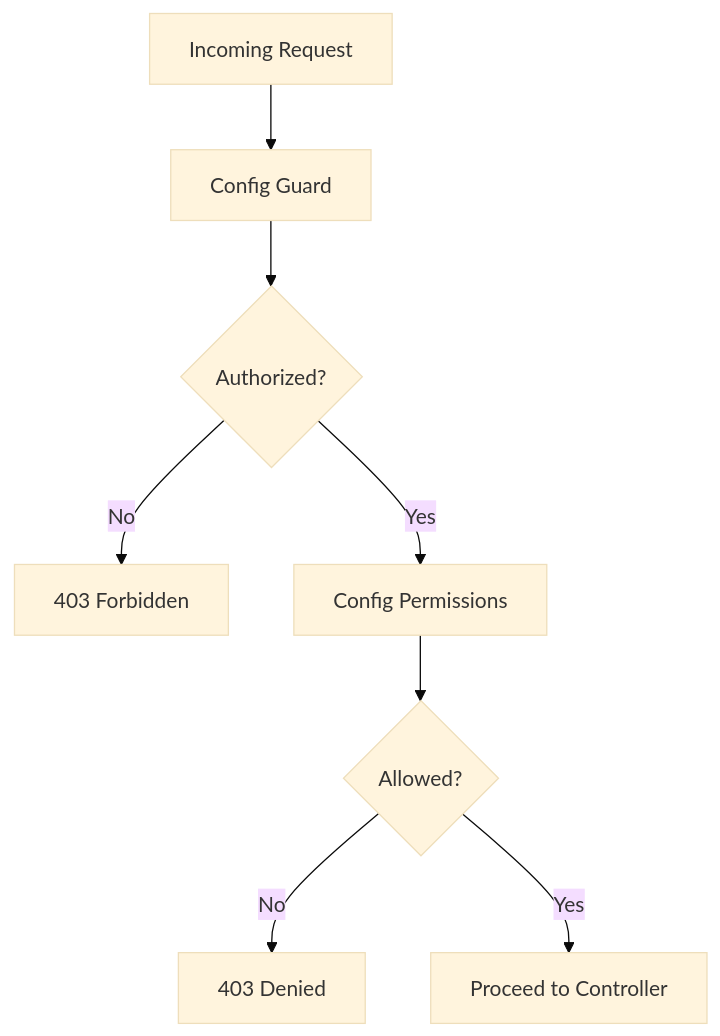
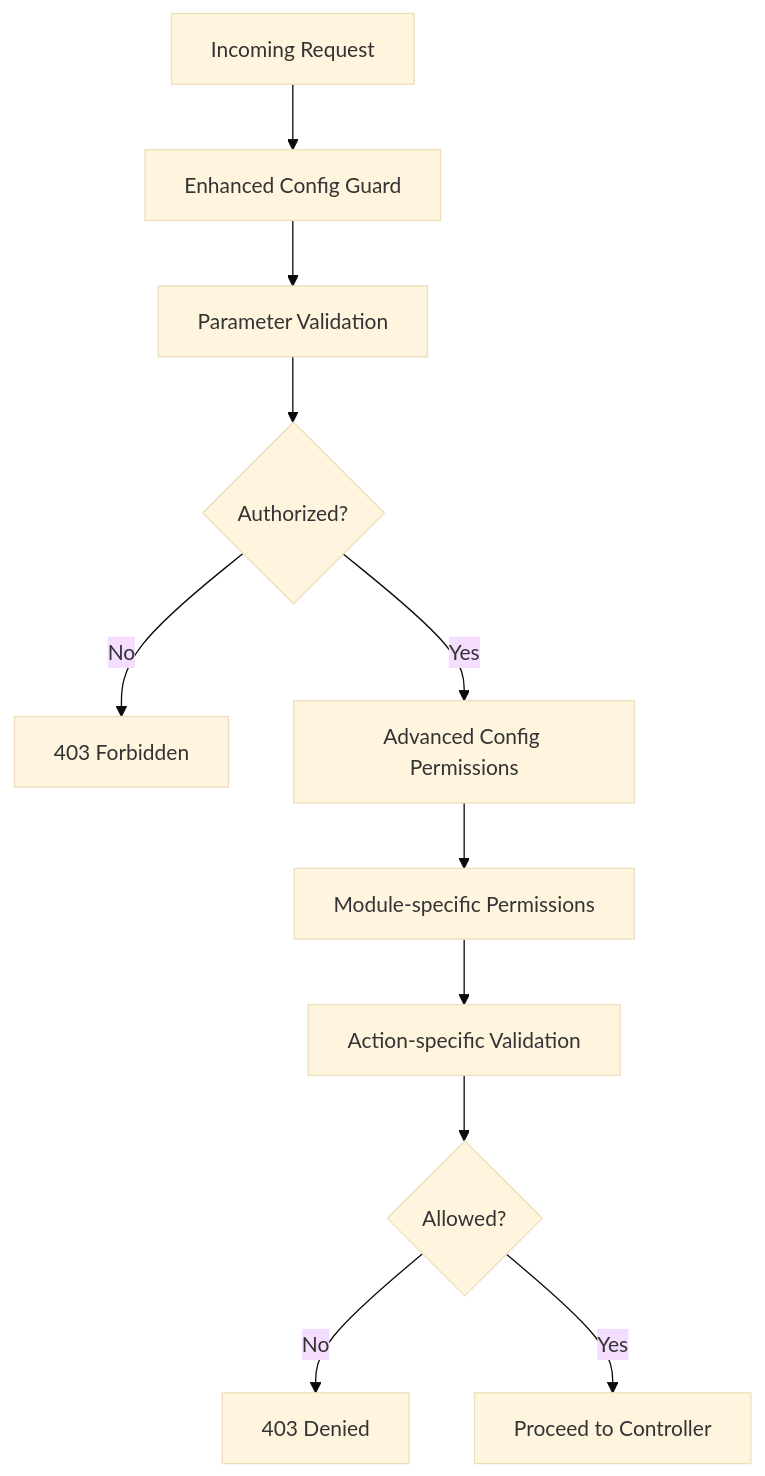
Before and after one commit to franckylab/eLISAschool: the seventh of 9 diagrams in .qoder/repowiki/en/content/Modules & Features/Administrative Modules/Institutional Configuration.md, drawn with Mermaid (base theme). The commit also changed other lines of this file and 155 other files, not shown here.

````diff
--- a/.qoder/repowiki/en/content/Modules & Features/Administrative Modules/Institutional Configuration.md
+++ b/.qoder/repowiki/en/content/Modules & Features/Administrative Modules/Institutional Configuration.md
@@ -347,10 +393,13 @@
 ```mermaid
 flowchart TD
-Request["Incoming Request"] --> Guard["Config Guard"]
-Guard --> Authorized{"Authorized?"}
+Request["Incoming Request"] --> Guard["Enhanced Config Guard"]
+Guard --> Validate["Parameter Validation"]
+Validate --> Authorized{"Authorized?"}
 Authorized --> |No| Forbidden["403 Forbidden"]
-Authorized --> |Yes| Permissions["Config Permissions"]
-Permissions --> Allowed{"Allowed?"}
+Authorized --> |Yes| Permissions["Advanced Config Permissions"]
+Permissions --> ModuleCheck["Module-specific Permissions"]
+ModuleCheck --> ActionCheck["Action-specific Validation"]
+ActionCheck --> Allowed{"Allowed?"}
 Allowed --> |No| Denied["403 Denied"]
 Allowed --> |Yes| Next["Proceed to Controller"]
 ```
````
